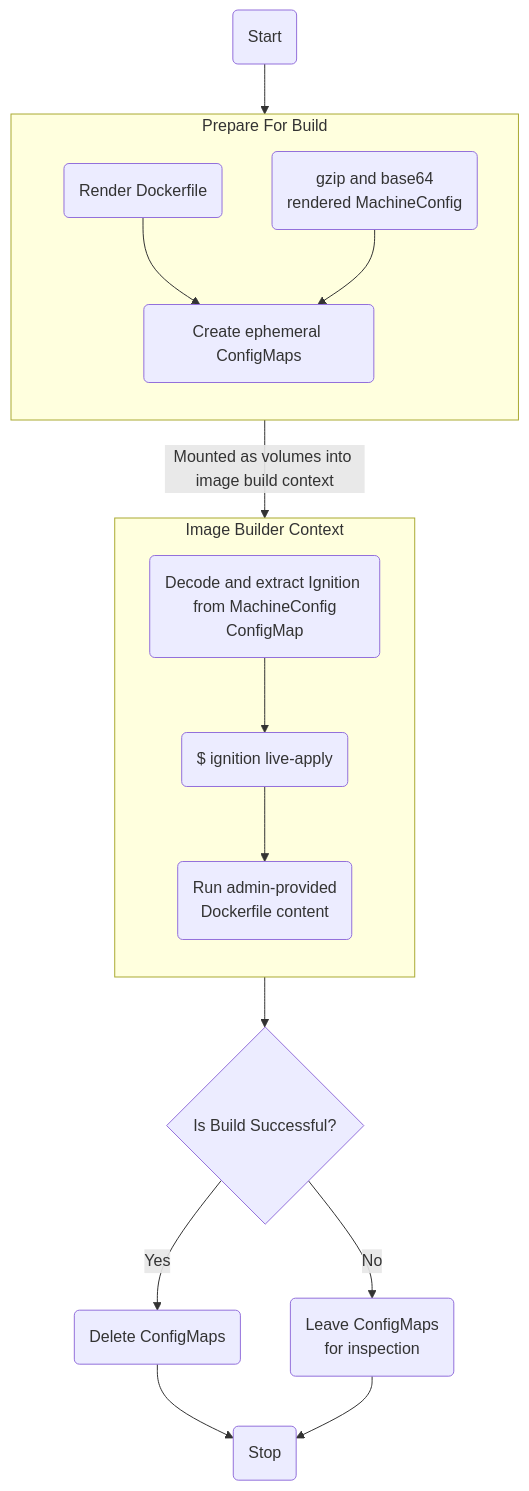
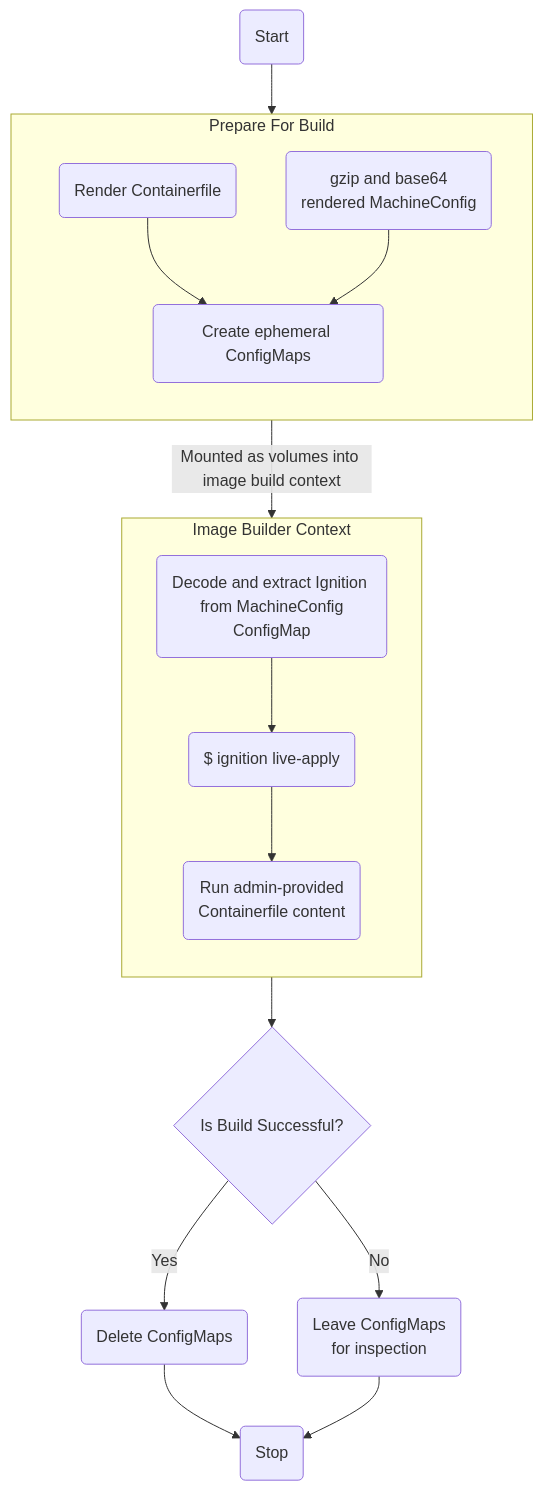
The fourth of 5 diagrams in enhancements/machine-config/on-cluster-builds.md (openshift/enhancements), drawn with Mermaid before and after one commit. The commit also changed other lines of this file, not shown here.

````diff
--- a/enhancements/machine-config/on-cluster-builds.md
+++ b/enhancements/machine-config/on-cluster-builds.md
@@ -479,34 +535,34 @@
 ```mermaid
 flowchart TB
   Start("Start")
   subgraph Prepare [Prepare For Build]
     direction TB
-    RenderDockerfile("Render Dockerfile")
+    RenderContainerfile("Render Containerfile")
     PrepMachineConfig("gzip and base64 \n rendered MachineConfig")
     ConfigMaps("Create ephemeral ConfigMaps")
   
-    RenderDockerfile --> ConfigMaps
+    RenderContainerfile --> ConfigMaps
     PrepMachineConfig --> ConfigMaps
   end
   
   subgraph ImageBuilder [Image Builder Context]
     direction TB
     DecodeAndExtract("Decode and extract Ignition \n from MachineConfig ConfigMap")
     IgnitionLiveApply("$ ignition live-apply")
-    RunAdminProvidedContent("Run admin-provided \n Dockerfile content")
+    RunAdminProvidedContent("Run admin-provided \n Containerfile content")
   
     DecodeAndExtract-->IgnitionLiveApply-->RunAdminProvidedContent
   end
 
   Stop("Stop")
 
   Start --> Prepare
   ConfigMaps --> |Mounted as volumes into image build context| ImageBuilder
   IsSuccess{"Is Build Successful?"}
 
   ImageBuilder --> IsSuccess
   IsSuccess --> | Yes | DeleteConfigMaps("Delete ConfigMaps")
   IsSuccess --> | No | LeaveConfigMaps("Leave ConfigMaps \n for inspection")
   DeleteConfigMaps --> Stop
   LeaveConfigMaps --> Stop
 ```
````
